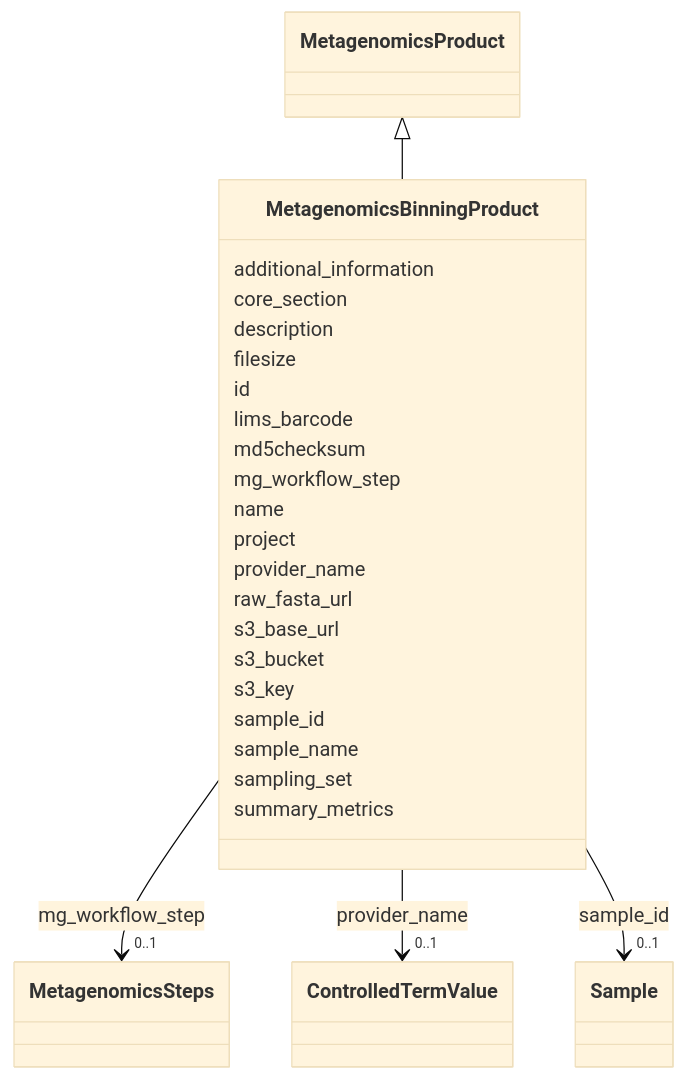
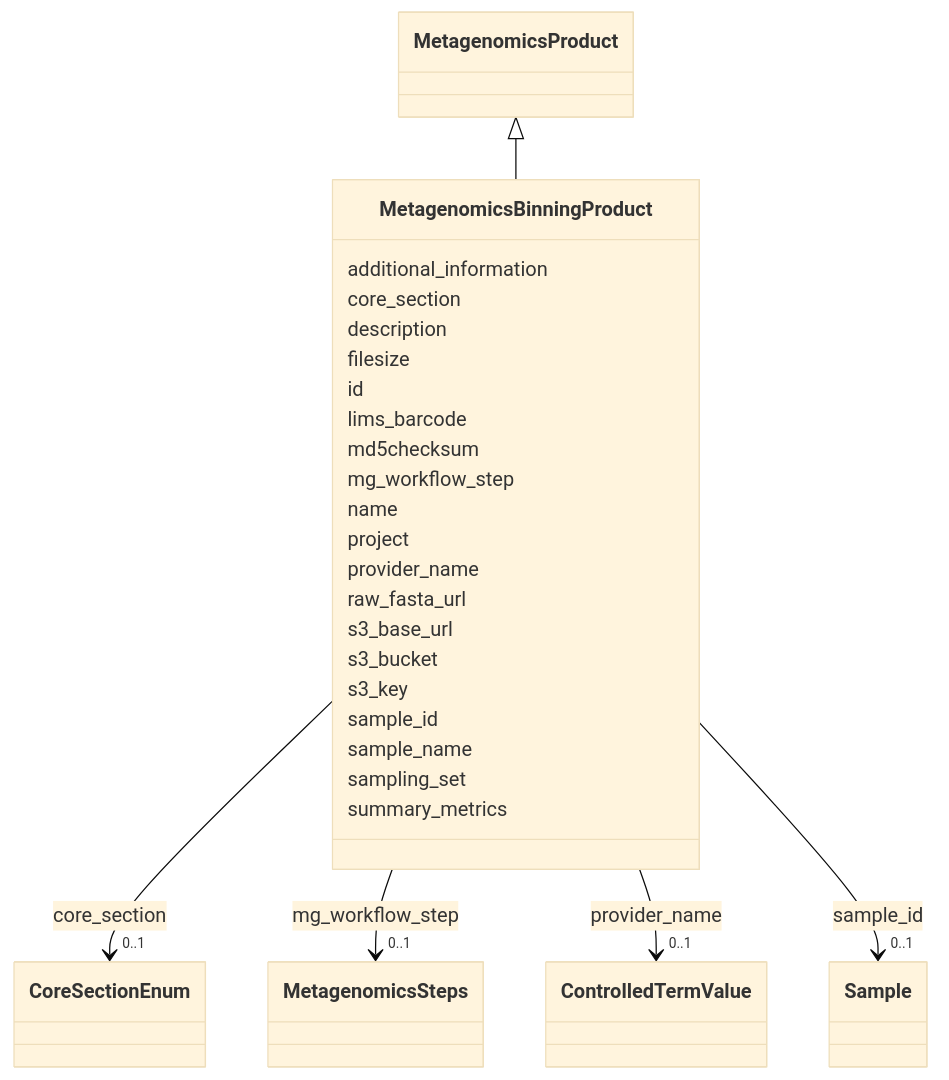
Before and after one commit to EMSL-Computing/BASALT-Schema: the diagram in docs/elements/MetagenomicsBinningProduct.md, drawn with Mermaid (base theme). The commit also changed other lines of this file and 388 other files, not shown here.

```diff
--- a/docs/elements/MetagenomicsBinningProduct.md
+++ b/docs/elements/MetagenomicsBinningProduct.md
@@ -28,6 +28,16 @@
       MetagenomicsBinningProduct : additional_information
         
       MetagenomicsBinningProduct : core_section
+        
+          
+    
+    
+    
+    
+    MetagenomicsBinningProduct --> "0..1" CoreSectionEnum : core_section
+    click CoreSectionEnum href "../CoreSectionEnum"
+    
+
         
       MetagenomicsBinningProduct : description
         
```
